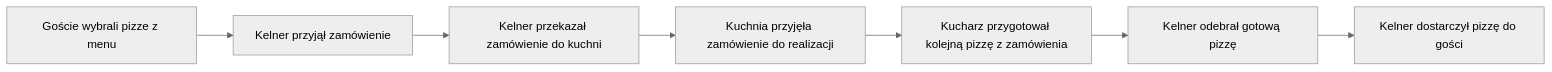
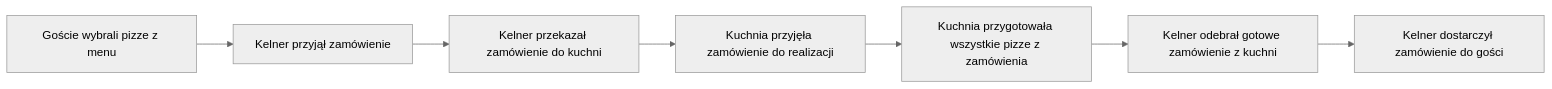
Before and after one commit to mmalessa/pizzeria: the second of 10 diagrams in doc/010_big_picture.md, drawn with Mermaid (neutral theme). The commit also changed other lines of this file and 2 other files, not shown here.

Commit message:
Switch from individual pizza delivery to full order delivery

````diff
--- a/doc/010_big_picture.md
+++ b/doc/010_big_picture.md
@@ -53,11 +53,11 @@
 ```mermaid
 flowchart LR
 
 A[Goście wybrali pizze z menu]
 --> B[Kelner przyjął zamówienie]
 --> C[Kelner przekazał zamówienie do kuchni]
 --> D[Kuchnia przyjęła zamówienie do realizacji]
---> E[Kucharz przygotował kolejną pizzę z zamówienia]
---> F[Kelner odebrał gotową pizzę]
---> G[Kelner dostarczył pizzę do gości]
+--> E[Kuchnia przygotowała wszystkie pizze z zamówienia]
+--> F[Kelner odebrał gotowe zamówienie z kuchni]
+--> G[Kelner dostarczył zamówienie do gości]
 ```
````
